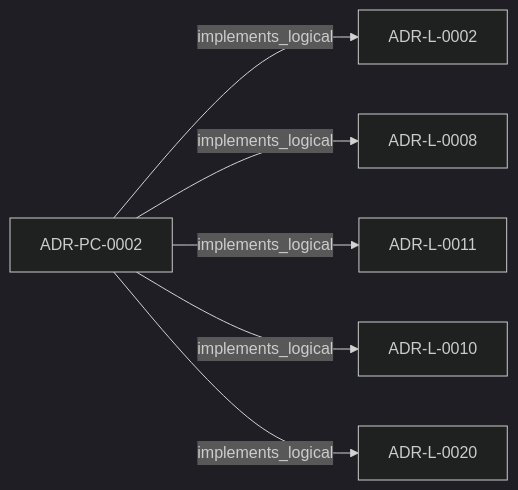
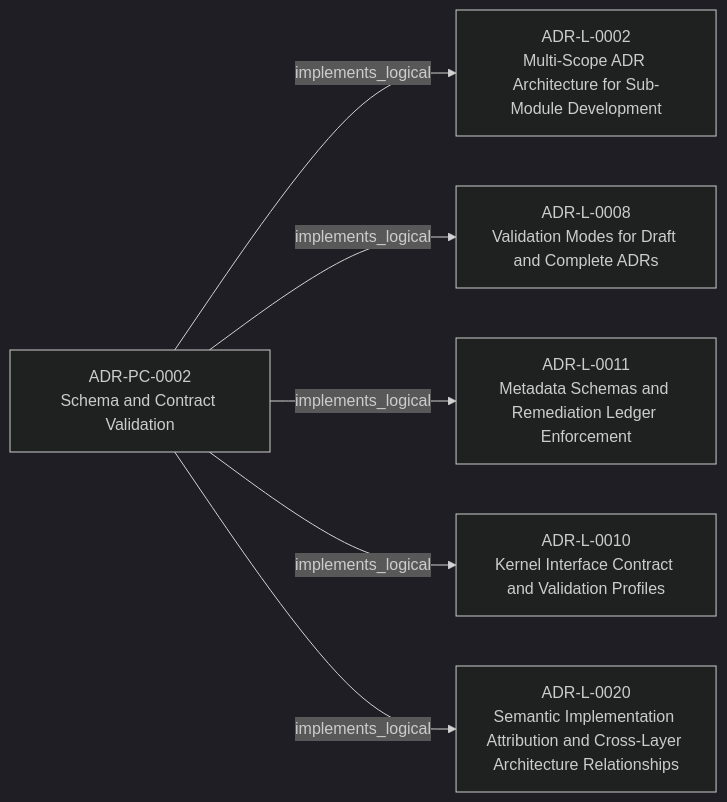
One commit to egallmann/adr-architecture-kit changed the second of 3 diagrams in adrs/adr-projection/physical-component/ADR-PC-0002-schema-and-contract-validation.md. Above: the diagram before and after it, drawn with Mermaid (dark theme). The commit also changed other lines of this file and 35 other files, not shown here.

````diff
--- a/adrs/adr-projection/physical-component/ADR-PC-0002-schema-and-contract-validation.md
+++ b/adrs/adr-projection/physical-component/ADR-PC-0002-schema-and-contract-validation.md
@@ -41,14 +73,14 @@
 ```mermaid
 flowchart LR
-  n_019fee89_e615_7f19_810b_c7b33a9d9e0d["ADR-L-0002"]
-  n_019fee89_e616_7066_8d2f_3acc7f469f72["ADR-L-0008"]
-  n_019fee89_e616_7b97_971d_ae165d13bf9c["ADR-L-0011"]
-  n_019fee89_e616_7d61_8e35_f11ba2ddd75d["ADR-L-0010"]
-  n_019fee89_e617_7d2b_8325_cd85ff814477["ADR-PC-0002"]
-  n_019ffdba_3c42_7c4a_a737_f6751a265d60["ADR-L-0020"]
+  n_019fee89_e615_7f19_810b_c7b33a9d9e0d["ADR-L-0002<br/>Multi-Scope ADR Architecture for Sub-Module Development"]
+  n_019fee89_e616_7066_8d2f_3acc7f469f72["ADR-L-0008<br/>Validation Modes for Draft and Complete ADRs"]
+  n_019fee89_e616_7b97_971d_ae165d13bf9c["ADR-L-0011<br/>Metadata Schemas and Remediation Ledger Enforcement"]
+  n_019fee89_e616_7d61_8e35_f11ba2ddd75d["ADR-L-0010<br/>Kernel Interface Contract and Validation Profiles"]
+  n_019fee89_e617_7d2b_8325_cd85ff814477["ADR-PC-0002<br/>Schema and Contract Validation"]
+  n_019ffdba_3c42_7c4a_a737_f6751a265d60["ADR-L-0020<br/>Semantic Implementation Attribution and Cross-Layer Architecture Relationships"]
   n_019fee89_e617_7d2b_8325_cd85ff814477 -->|"implements_logical"| n_019fee89_e615_7f19_810b_c7b33a9d9e0d
   n_019fee89_e617_7d2b_8325_cd85ff814477 -->|"implements_logical"| n_019fee89_e616_7066_8d2f_3acc7f469f72
   n_019fee89_e617_7d2b_8325_cd85ff814477 -->|"implements_logical"| n_019fee89_e616_7b97_971d_ae165d13bf9c
   n_019fee89_e617_7d2b_8325_cd85ff814477 -->|"implements_logical"| n_019fee89_e616_7d61_8e35_f11ba2ddd75d
   n_019fee89_e617_7d2b_8325_cd85ff814477 -->|"implements_logical"| n_019ffdba_3c42_7c4a_a737_f6751a265d60
 ```
````
